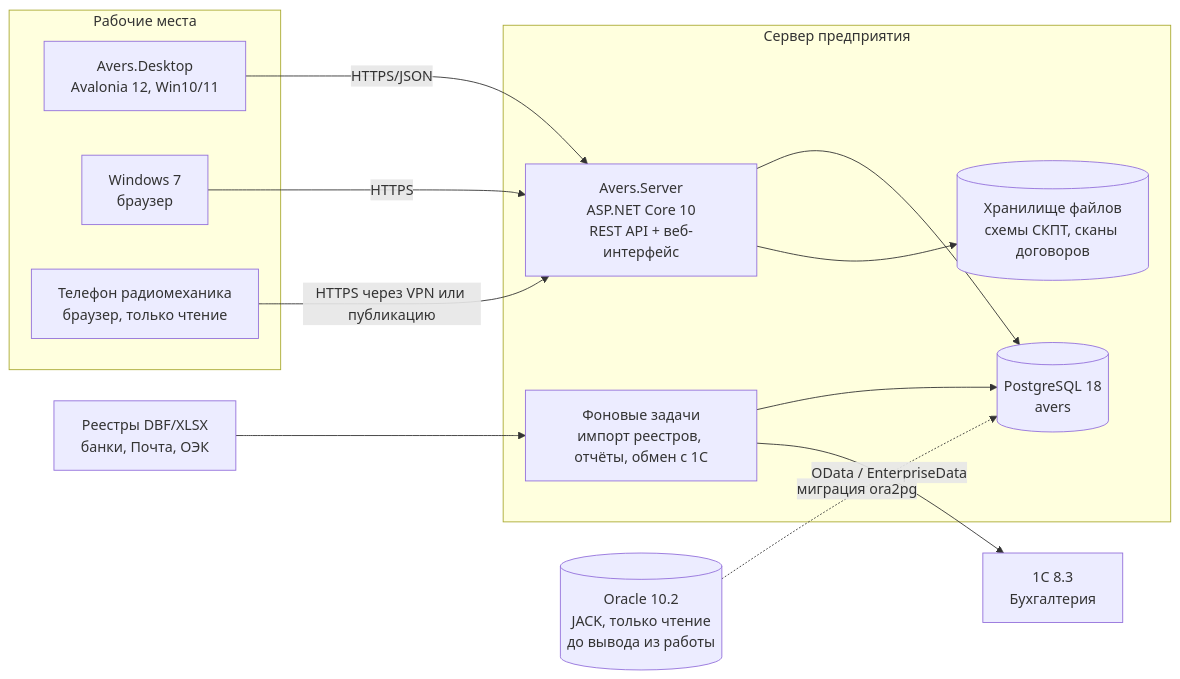
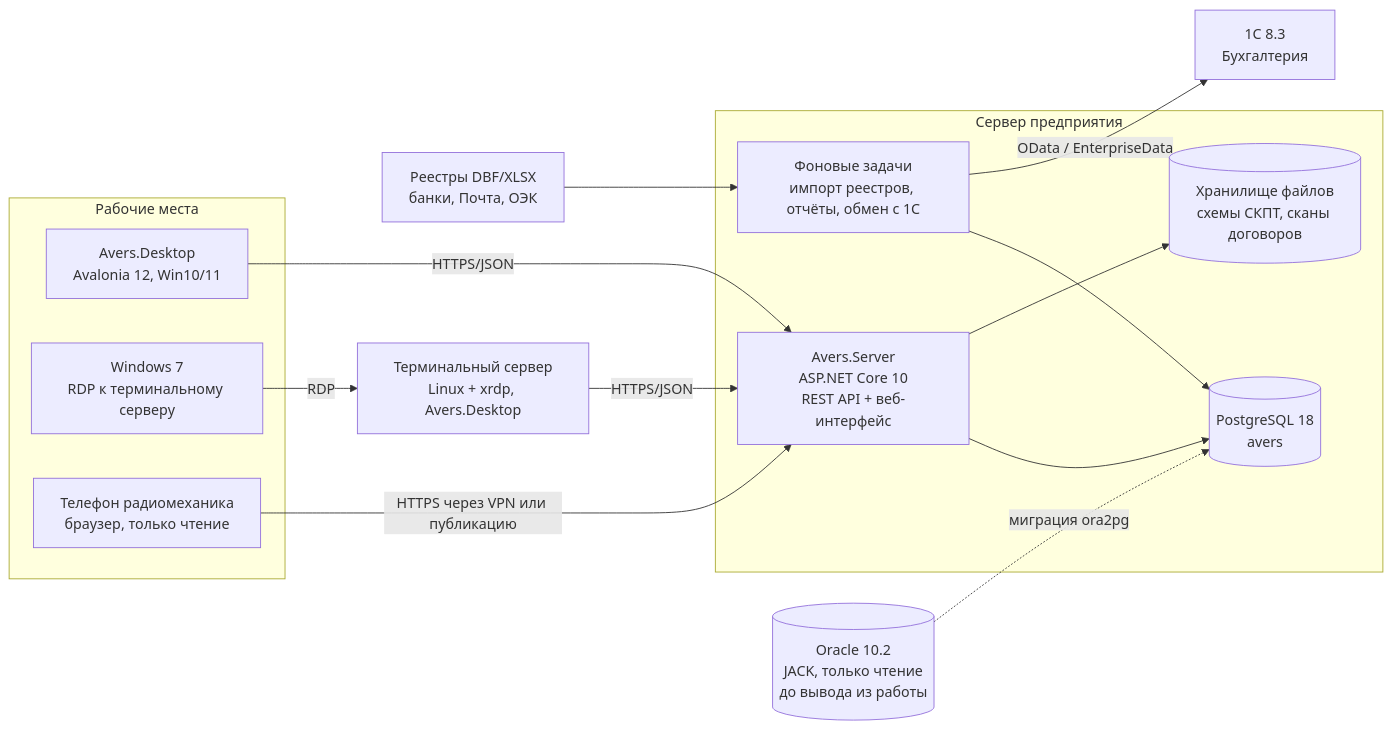
The diagram in docs/03-architecture.md (IlyaLob0v/avers), drawn with Mermaid before and after one commit. The commit also changed other lines of this file and 9 other files, not shown here.

````diff
--- a/docs/03-architecture.md
+++ b/docs/03-architecture.md
@@ -11,27 +12,28 @@
 ```mermaid
 flowchart LR
   subgraph Рабочие места
     D[Avers.Desktop<br/>Avalonia 12, Win10/11]
-    W7[Windows 7<br/>браузер]
+    W7[Windows 7<br/>RDP к терминальному серверу]
     M[Телефон радиомеханика<br/>браузер, только чтение]
   end
   subgraph Сервер предприятия
     S[Avers.Server<br/>ASP.NET Core 10<br/>REST API + веб-интерфейс]
     J[Фоновые задачи<br/>импорт реестров, отчёты, обмен с 1С]
     PG[(PostgreSQL 18<br/>avers)]
     FS[(Хранилище файлов<br/>схемы СКПТ, сканы договоров)]
   end
   ORA[(Oracle 10.2<br/>JACK, только чтение<br/>до вывода из работы)]
   C1[1С 8.3<br/>Бухгалтерия]
   BANK[Реестры DBF/XLSX<br/>банки, Почта, ОЭК]
 
   D -- HTTPS/JSON --> S
-  W7 -- HTTPS --> S
+  W7 -- RDP --> T[Терминальный сервер<br/>Linux + xrdp, Avers.Desktop]
+  T -- HTTPS/JSON --> S
   M -- HTTPS через VPN или публикацию --> S
   S --> PG
   S --> FS
   J --> PG
   BANK --> J
   J -- OData / EnterpriseData --> C1
   ORA -. миграция ora2pg .-> PG
 ```
````
